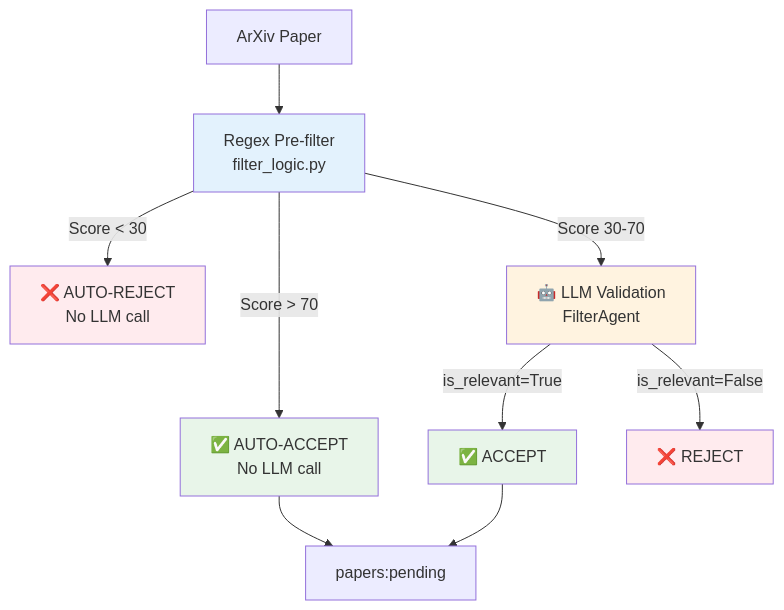
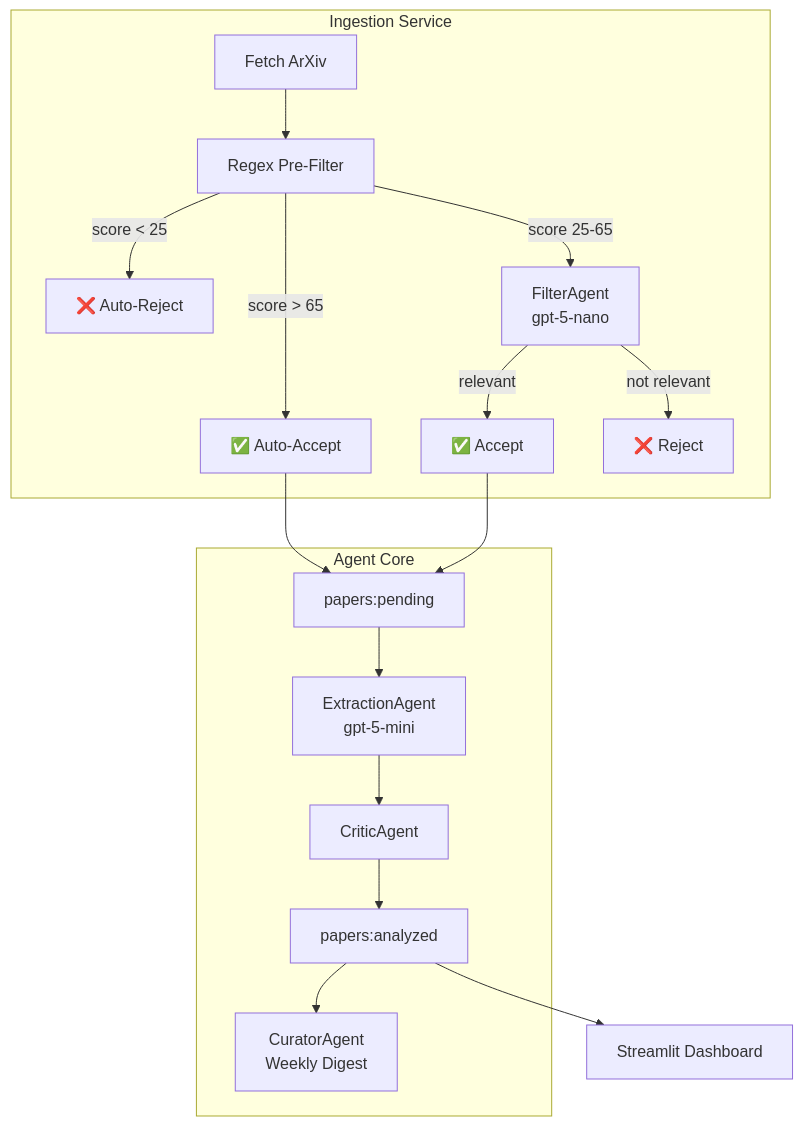
The second of 2 diagrams in README.md (Kravty/ai-safety-radar), drawn with Mermaid before and after one commit. The commit also changed other lines of this file and 8 other files, not shown here.

````diff
--- a/README.md
+++ b/README.md
@@ -107,21 +40,21 @@
 ```mermaid
-graph TB
-    START[ArXiv Paper] --> REGEX[Regex Pre-filter<br/>filter_logic.py]
-    
-    REGEX -->|Score < 30| REJECT1[❌ AUTO-REJECT<br/>No LLM call]
-    REGEX -->|Score 30-70| LLM[🤖 LLM Validation<br/>FilterAgent]
-    REGEX -->|Score > 70| ACCEPT1[✅ AUTO-ACCEPT<br/>No LLM call]
-    
-    LLM -->|is_relevant=True| ACCEPT2[✅ ACCEPT]
-    LLM -->|is_relevant=False| REJECT2[❌ REJECT]
-    
-    ACCEPT1 --> QUEUE[papers:pending]
-    ACCEPT2 --> QUEUE
-    
-    style REJECT1 fill:#ffebee
-    style REJECT2 fill:#ffebee
-    style ACCEPT1 fill:#e8f5e9
-    style ACCEPT2 fill:#e8f5e9
-    style REGEX fill:#e3f2fd
-    style LLM fill:#fff3e0
+flowchart TB
+    subgraph Ingestion Service
+        Fetch[Fetch ArXiv] --> PreFilter[Regex Pre-Filter]
+        PreFilter -->|score < 25| Reject1[❌ Auto-Reject]
+        PreFilter -->|score 25-65| LLM[FilterAgent<br/>gpt-5-nano]
+        PreFilter -->|score > 65| Accept1[✅ Auto-Accept]
+        LLM -->|relevant| Accept2[✅ Accept]
+        LLM -->|not relevant| Reject2[❌ Reject]
+    end
+
+    subgraph Agent Core
+        Accept1 & Accept2 --> Queue[papers:pending]
+        Queue --> Extract[ExtractionAgent<br/>gpt-5-mini]
+        Extract --> Critic[CriticAgent]
+        Critic --> Store[papers:analyzed]
+        Store --> Curator[CuratorAgent<br/>Weekly Digest]
+    end
+
+    Store --> Dashboard[Streamlit Dashboard]
 ```
````
